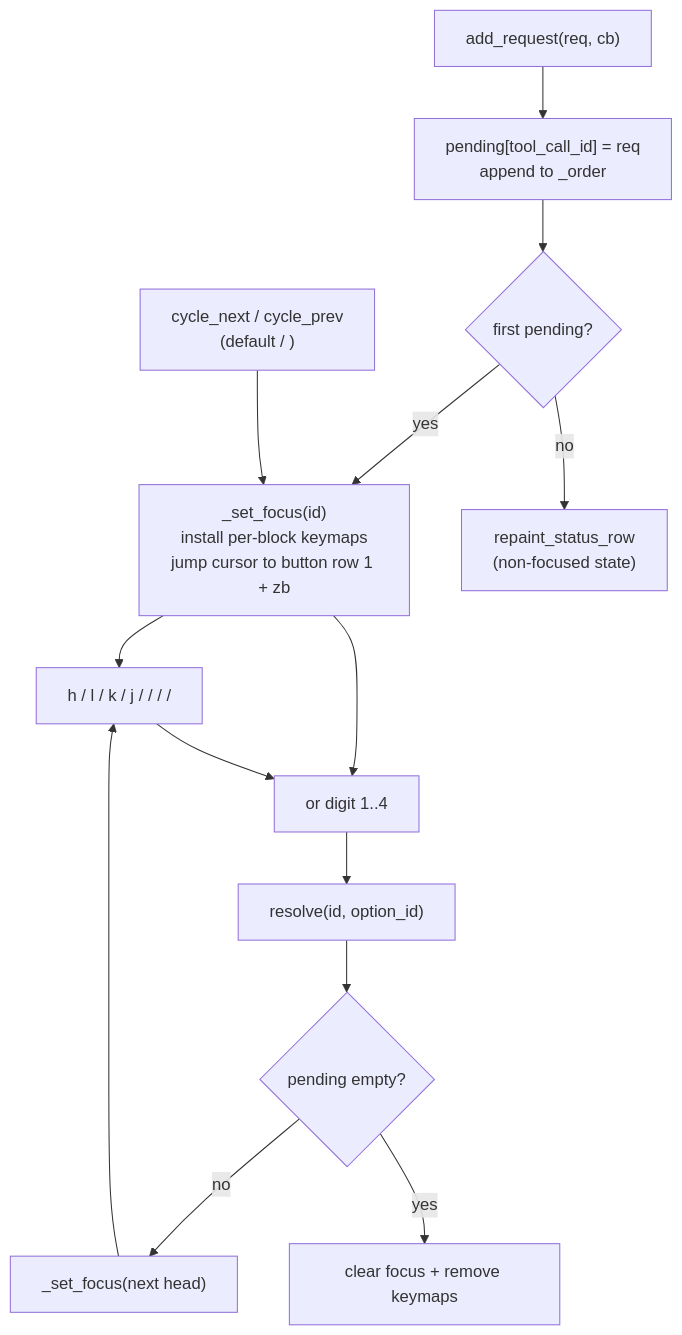
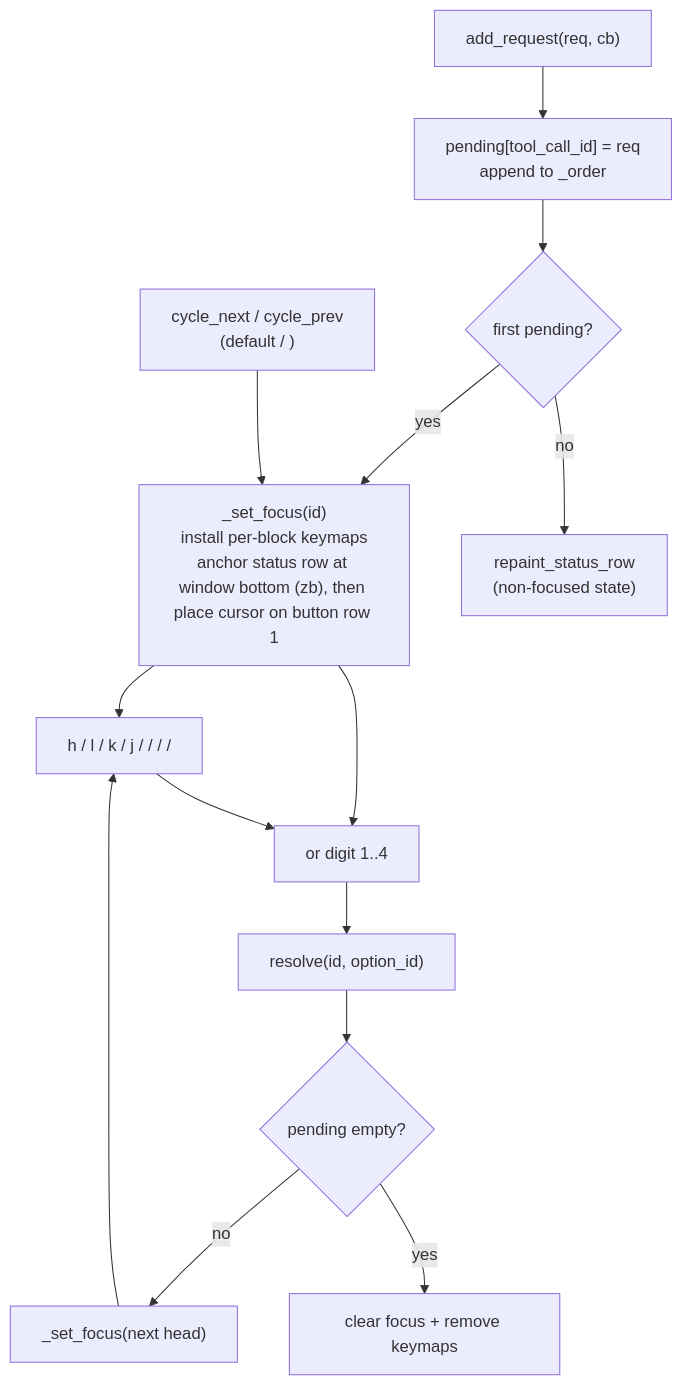
One commit to carlos-algms/agentic.nvim changed the diagram in docs/adr/0003-inline-permission-buttons.md. Above: the diagram before and after it, drawn with Mermaid. The commit also changed other lines of this file and 9 other files, not shown here.

````diff
--- a/docs/adr/0003-inline-permission-buttons.md
+++ b/docs/adr/0003-inline-permission-buttons.md
@@ -45,26 +47,26 @@
 ```mermaid
 flowchart TD
     Add["add_request(req, cb)"]
     Map["pending[tool_call_id] = req<br/>append to _order"]
     First{first pending?}
-    Focus["_set_focus(id)<br/>install per-block keymaps<br/>jump cursor to button row 1 + zb"]
+    Focus["_set_focus(id)<br/>install per-block keymaps<br/>anchor status row at window bottom (zb), then place cursor on button row 1"]
     Paint["repaint_status_row<br/>(non-focused state)"]
     Cycle["cycle_next / cycle_prev<br/>(default <C-n> / <C-p>)"]
     Btn["h / l / k / j / <Left> / <Right> / <Up> / <Down>"]
     Sub["<CR> or digit 1..4"]
     Res["resolve(id, option_id)"]
     Drain{pending empty?}
     NextHead["_set_focus(next head)"]
     Clear["clear focus + remove keymaps"]
 
     Add --> Map --> First
     First -->|yes| Focus
     First -->|no| Paint
     Focus --> Btn
     Focus --> Sub
     Cycle --> Focus
     Btn --> Sub
     Sub --> Res --> Drain
     Drain -->|no| NextHead --> Btn
     Drain -->|yes| Clear
 ```
````
